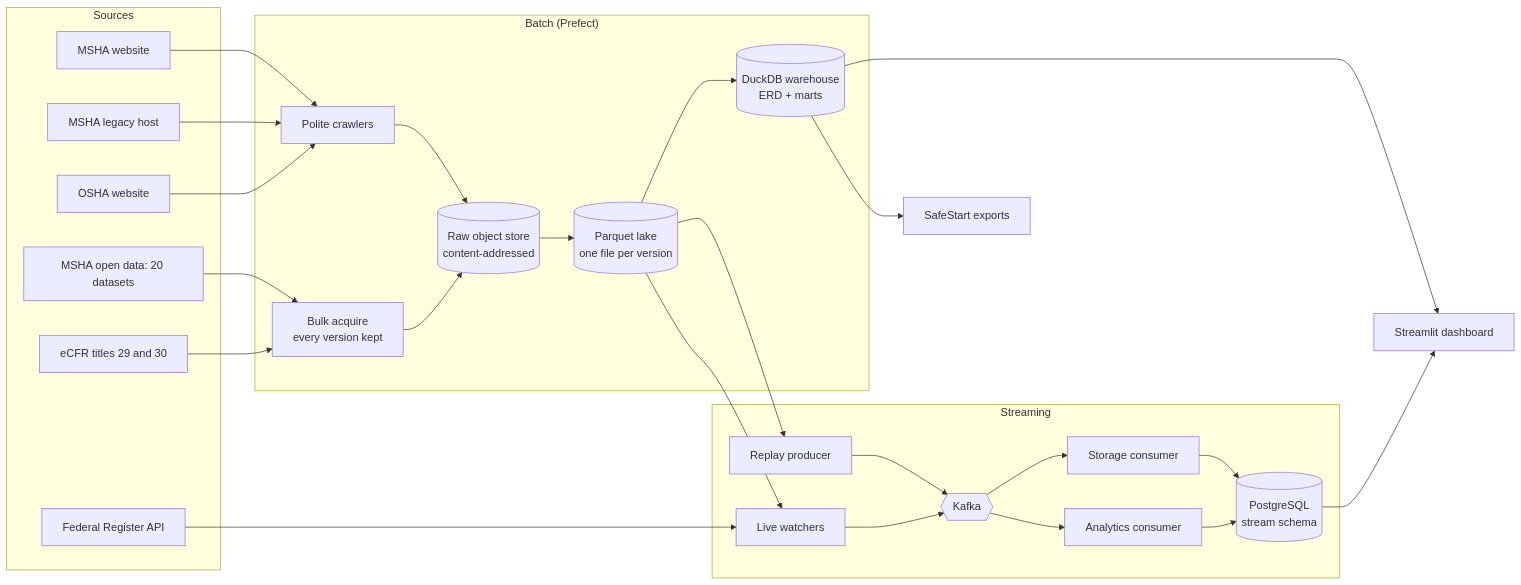
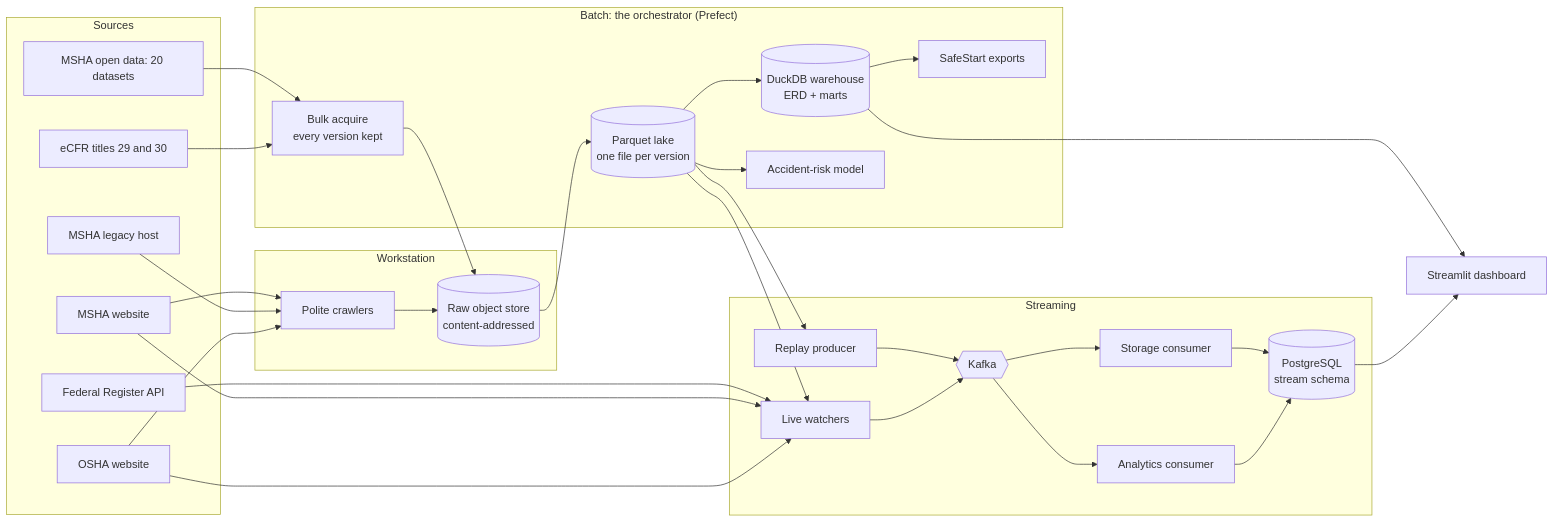
The diagram in docs/ARCHITECTURE.md (USERZEROA/safestart-data-pipeline), drawn with Mermaid before and after one commit. The commit also changed other lines of this file and 1 other file, not shown here.

Commit message:
Document the shared rules, the orchestrator and the deployment

````diff
--- a/docs/ARCHITECTURE.md
+++ b/docs/ARCHITECTURE.md
@@ -6,27 +6,30 @@
 ```mermaid
 flowchart LR
     subgraph Sources
         MSHA[MSHA website] ; ARL[MSHA legacy host] ; OSHA[OSHA website]
         OGD[MSHA open data: 20 datasets] ; ECFR[eCFR titles 29 and 30] ; FR[Federal Register API]
     end
-    subgraph Batch["Batch (Prefect)"]
+    subgraph Workstation
         CRAWL[Polite crawlers] --> RAW[(Raw object store<br/>content-addressed)]
+    end
+    subgraph Batch["Batch: the orchestrator (Prefect)"]
         ACQ[Bulk acquire<br/>every version kept] --> RAW
         RAW --> LAKE[(Parquet lake<br/>one file per version)]
         LAKE --> WH[(DuckDB warehouse<br/>ERD + marts)]
+        WH --> EXPORT[SafeStart exports]
+        LAKE --> MODEL[Accident-risk model]
     end
     subgraph Streaming
         REPLAY[Replay producer] --> K{{Kafka}}
         WATCH[Live watchers] --> K
         K --> STORE[Storage consumer] --> PG[(PostgreSQL<br/>stream schema)]
         K --> ANALYTICS[Analytics consumer] --> PG
     end
     MSHA & ARL & OSHA --> CRAWL
     OGD & ECFR --> ACQ
-    FR --> WATCH
+    FR & MSHA & OSHA --> WATCH
     LAKE --> REPLAY
     LAKE --> WATCH
     WH --> DASH[Streamlit dashboard]
     PG --> DASH
-    WH --> EXPORT[SafeStart exports]
 ```
````
